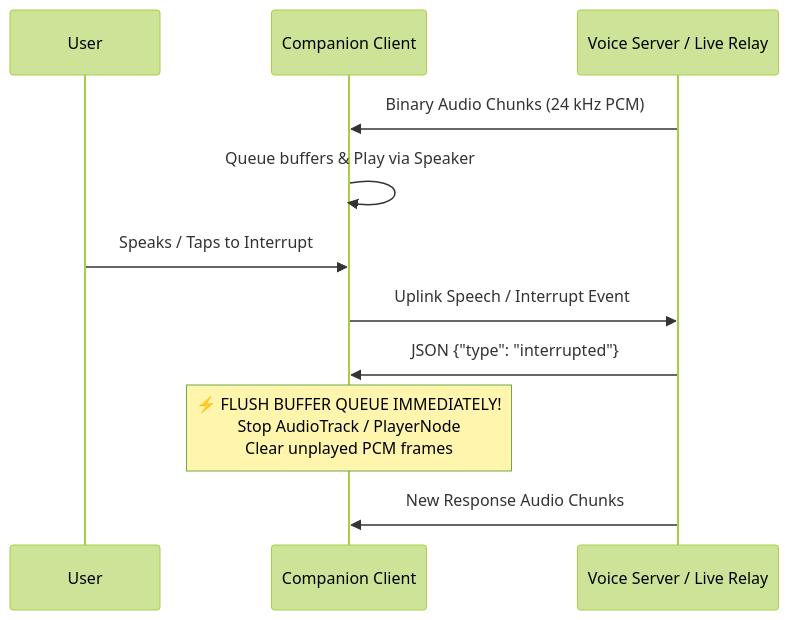
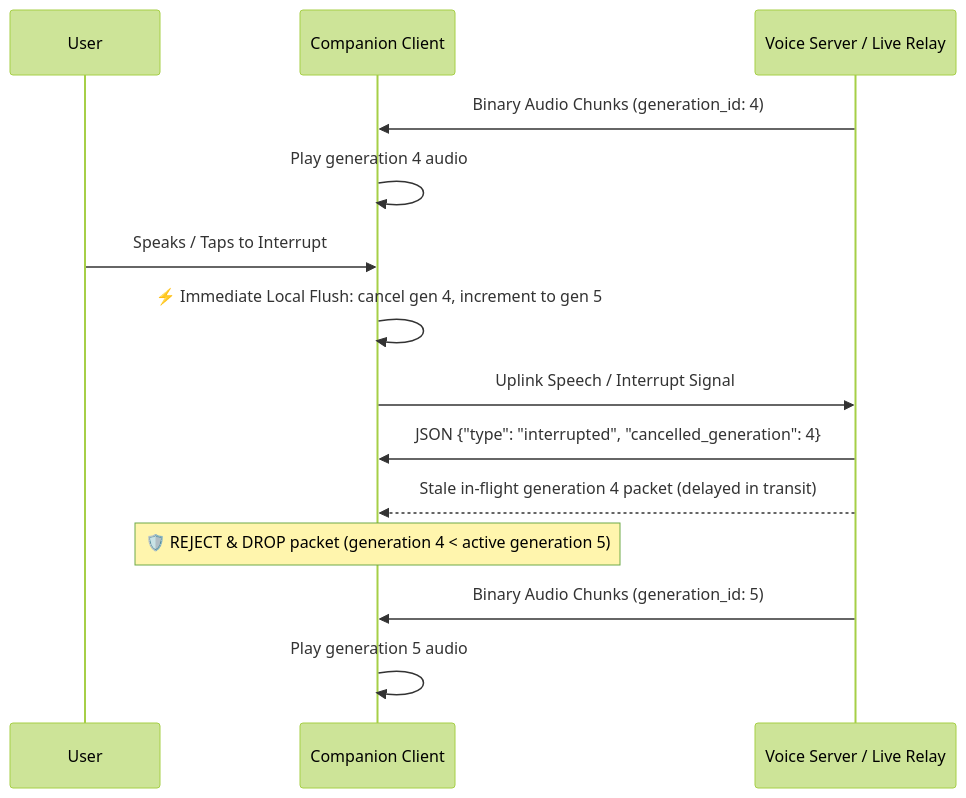
One commit to montionugera/ps-skills changed the diagram in skills/multimodal-voice-companion/SKILL.md. Above: the diagram before and after it, drawn with Mermaid (forest theme). The commit also changed other lines of this file and 2 other files, not shown here.

````diff
--- a/skills/multimodal-voice-companion/SKILL.md
+++ b/skills/multimodal-voice-companion/SKILL.md
@@ -42,14 +45,17 @@
 ```mermaid
 sequenceDiagram
     participant User as User
     participant Client as Companion Client
     participant Server as Voice Server / Live Relay
 
-    Server->>Client: Binary Audio Chunks (24 kHz PCM)
-    Client->>Client: Queue buffers & Play via Speaker
+    Server->>Client: Binary Audio Chunks (generation_id: 4)
+    Client->>Client: Play generation 4 audio
     User->>Client: Speaks / Taps to Interrupt
-    Client->>Server: Uplink Speech / Interrupt Event
-    Server->>Client: JSON {"type": "interrupted"}
-    Note over Client: ⚡ FLUSH BUFFER QUEUE IMMEDIATELY!<br/>Stop AudioTrack / PlayerNode<br/>Clear unplayed PCM frames
-    Server->>Client: New Response Audio Chunks
+    Client->>Client: ⚡ Immediate Local Flush: cancel gen 4, increment to gen 5
+    Client->>Server: Uplink Speech / Interrupt Signal
+    Server->>Client: JSON {"type": "interrupted", "cancelled_generation": 4}
+    Server-->>Client: Stale in-flight generation 4 packet (delayed in transit)
+    Note over Client: 🛡️ REJECT & DROP packet (generation 4 < active generation 5)
+    Server->>Client: Binary Audio Chunks (generation_id: 5)
+    Client->>Client: Play generation 5 audio
 ```
````
